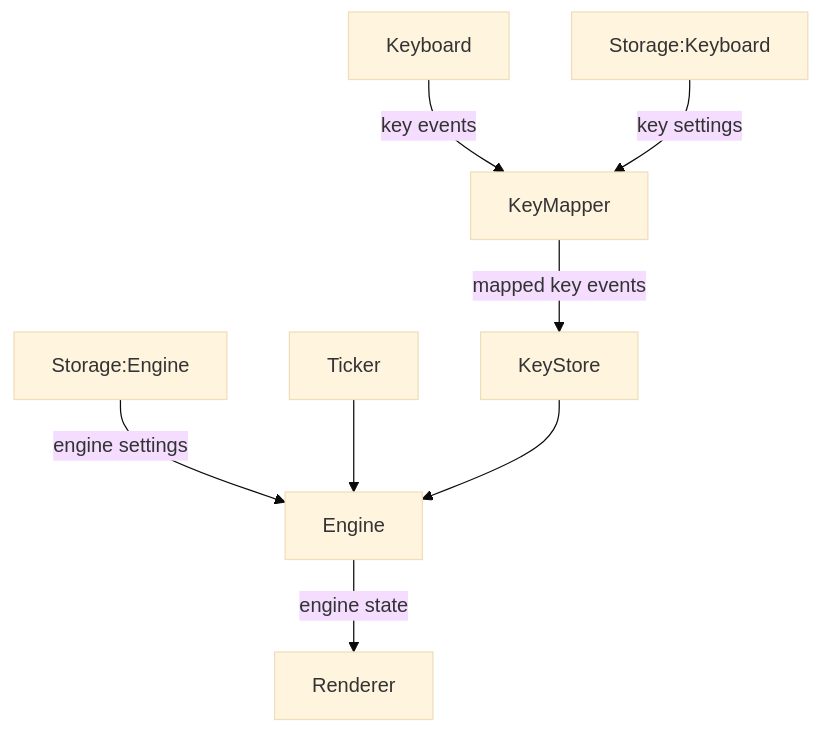
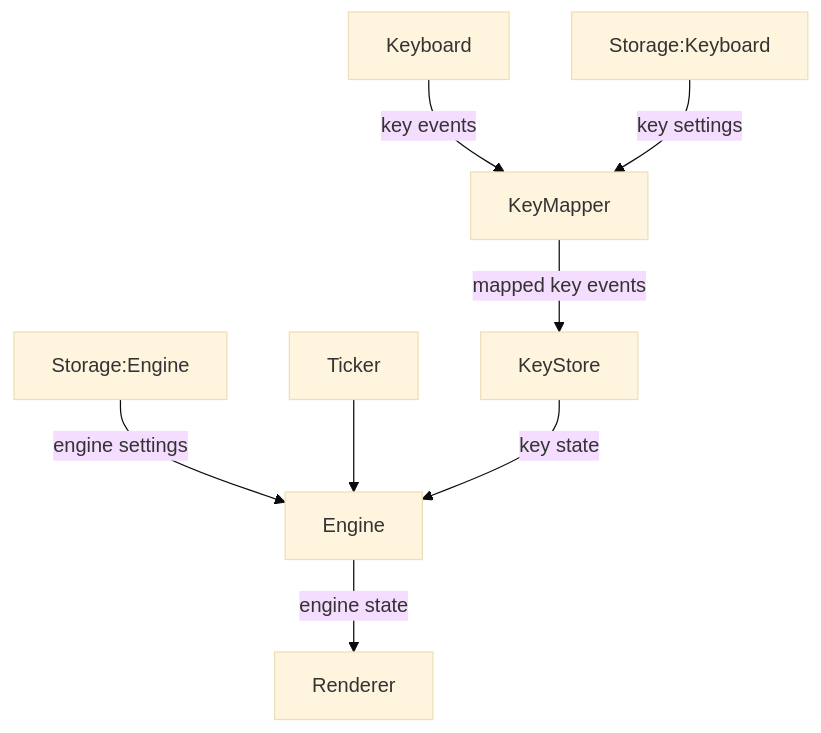
One commit to intris/design changed the diagram in game.mmd. Above: the diagram before and after it, drawn with Mermaid (base theme). The commit also changed 1 other file, not shown here.

```diff
--- a/game.mmd
+++ b/game.mmd
@@ -1,8 +1,8 @@
 graph TD
   Keyboard -- key events --> KeyMapper
   Storage:Keyboard -- key settings --> KeyMapper
   KeyMapper -- mapped key events --> KeyStore
   Storage:Engine -- engine settings --> Engine
   Ticker --> Engine
-  KeyStore --> Engine
+  KeyStore -- key state --> Engine
   Engine -- engine state --> Renderer
```
